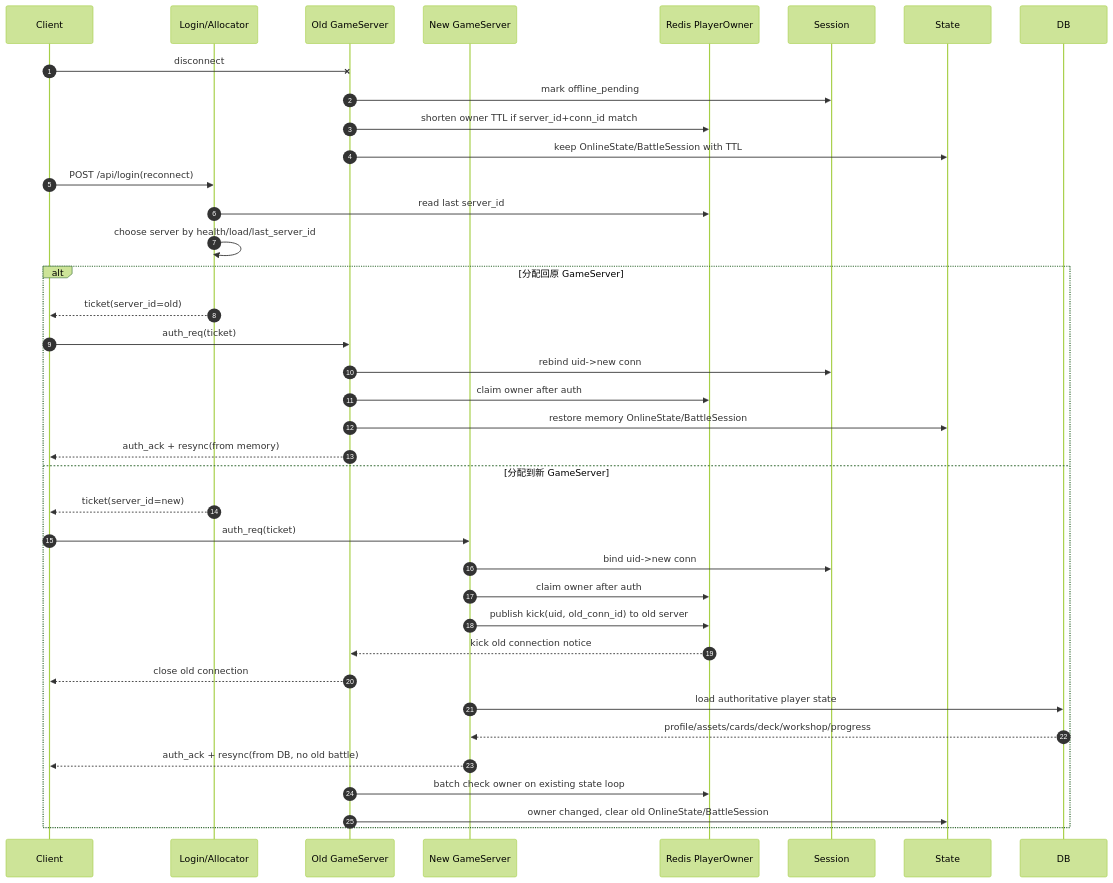
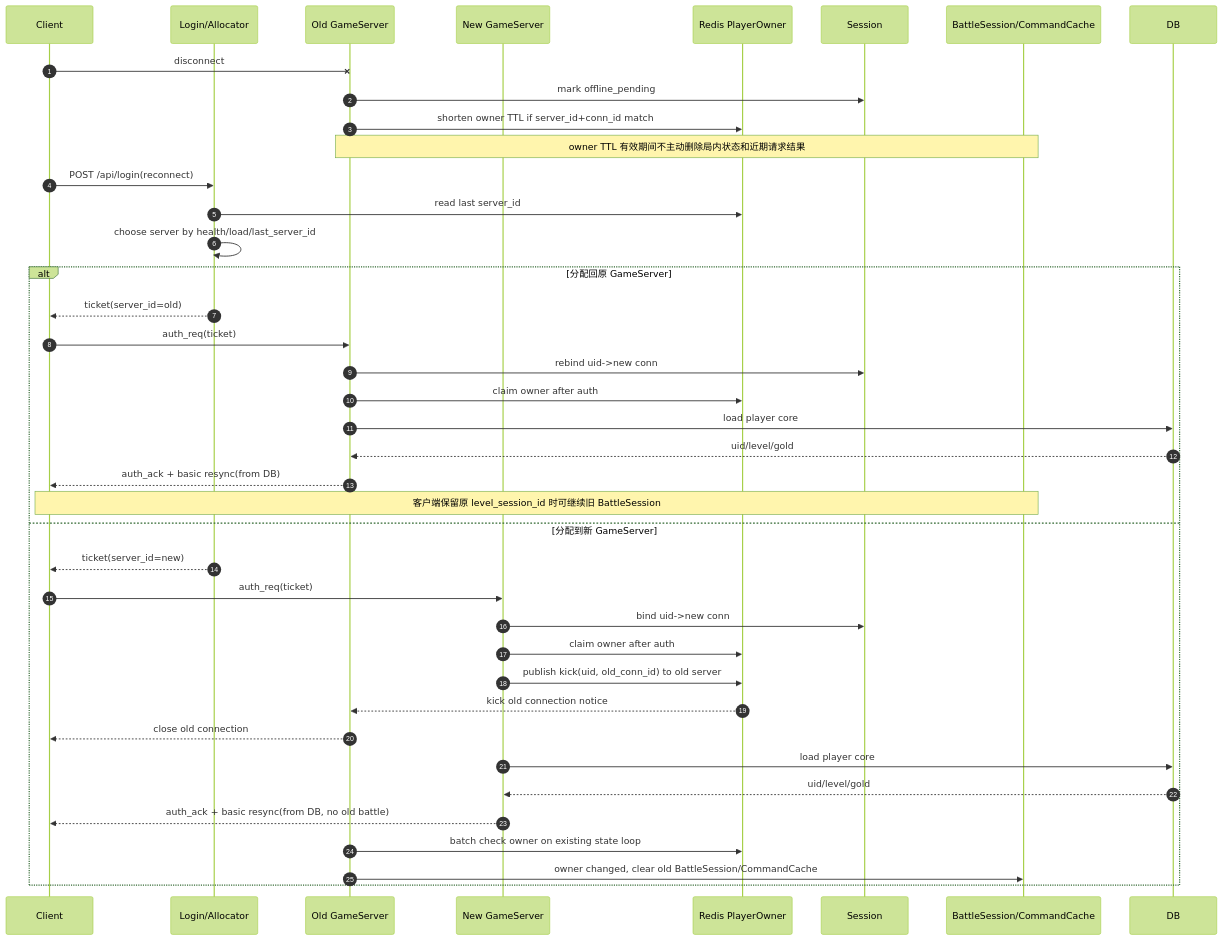
One commit to shaligg/cardgo-server changed the fifth of 7 diagrams in backend_technical_architecture.md. Above: the diagram before and after it, drawn with Mermaid (forest theme). The commit also changed other lines of this file and 24 other files, not shown here.

````diff
--- a/backend_technical_architecture.md
+++ b/backend_technical_architecture.md
@@ -2433,43 +2424,45 @@
 ```mermaid
 sequenceDiagram
     autonumber
     participant C as Client
     participant L as Login/Allocator
     participant OG as Old GameServer
     participant NG as New GameServer
     participant R as Redis PlayerOwner
     participant S as Session
-    participant ST as State
+    participant RT as BattleSession/CommandCache
     participant DB as DB
 
     C-xOG: disconnect
     OG->>S: mark offline_pending
     OG->>R: shorten owner TTL if server_id+conn_id match
-    OG->>ST: keep OnlineState/BattleSession with TTL
+    Note over OG,RT: owner TTL 有效期间不主动删除局内状态和近期请求结果
 
     C->>L: POST /api/login(reconnect)
     L->>R: read last server_id
     L->>L: choose server by health/load/last_server_id
 
     alt 分配回原 GameServer
         L-->>C: ticket(server_id=old)
         C->>OG: auth_req(ticket)
         OG->>S: rebind uid->new conn
         OG->>R: claim owner after auth
-        OG->>ST: restore memory OnlineState/BattleSession
-        OG-->>C: auth_ack + resync(from memory)
+        OG->>DB: load player core
+        DB-->>OG: uid/level/gold
+        OG-->>C: auth_ack + basic resync(from DB)
+        Note over C,RT: 客户端保留原 level_session_id 时可继续旧 BattleSession
     else 分配到新 GameServer
         L-->>C: ticket(server_id=new)
         C->>NG: auth_req(ticket)
         NG->>S: bind uid->new conn
         NG->>R: claim owner after auth
         NG->>R: publish kick(uid, old_conn_id) to old server
         R-->>OG: kick old connection notice
         OG-->>C: close old connection
-        NG->>DB: load authoritative player state
-        DB-->>NG: profile/assets/cards/deck/workshop/progress
-        NG-->>C: auth_ack + resync(from DB, no old battle)
+        NG->>DB: load player core
+        DB-->>NG: uid/level/gold
+        NG-->>C: auth_ack + basic resync(from DB, no old battle)
         OG->>R: batch check owner on existing state loop
-        OG->>ST: owner changed, clear old OnlineState/BattleSession
+        OG->>RT: owner changed, clear old BattleSession/CommandCache
     end
 ```
````
